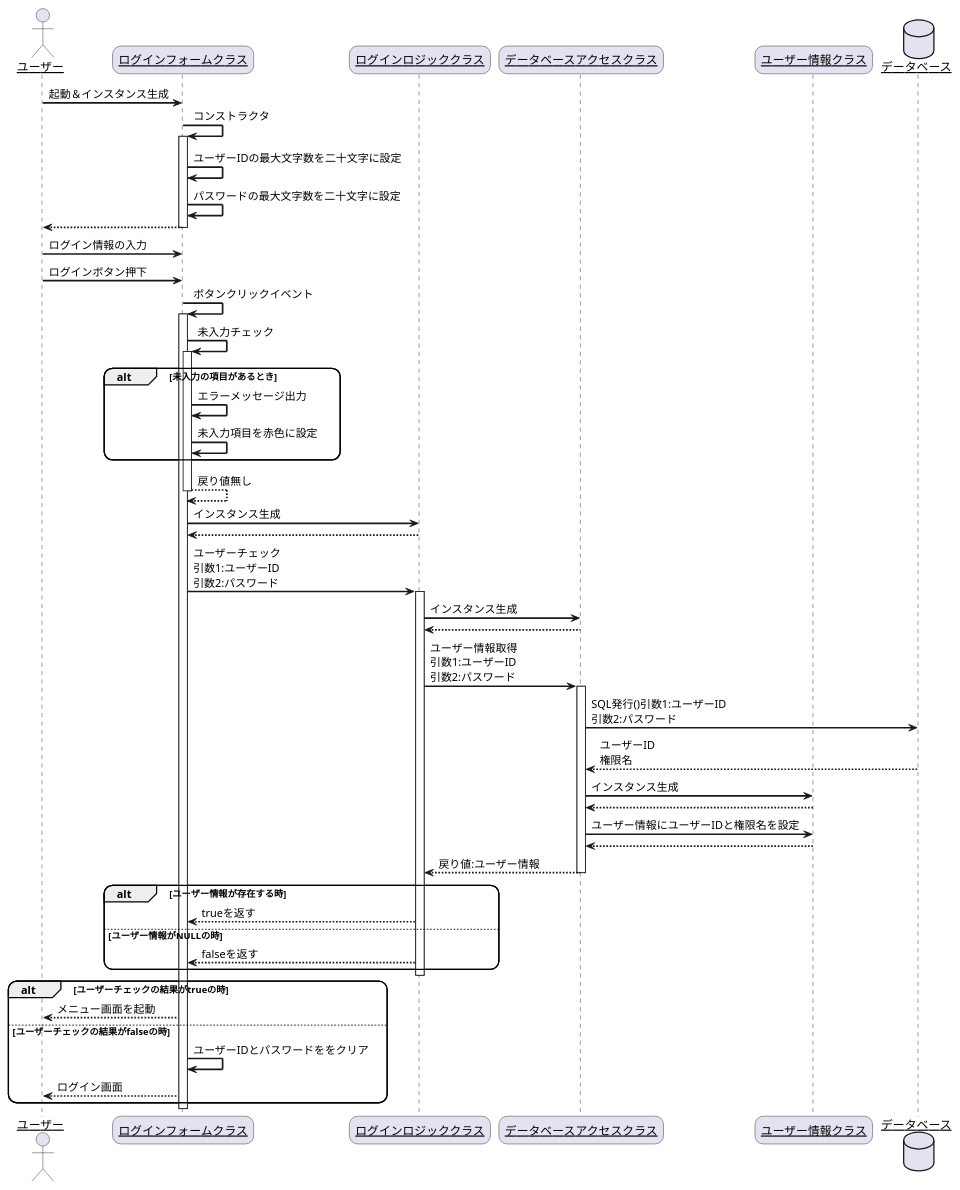
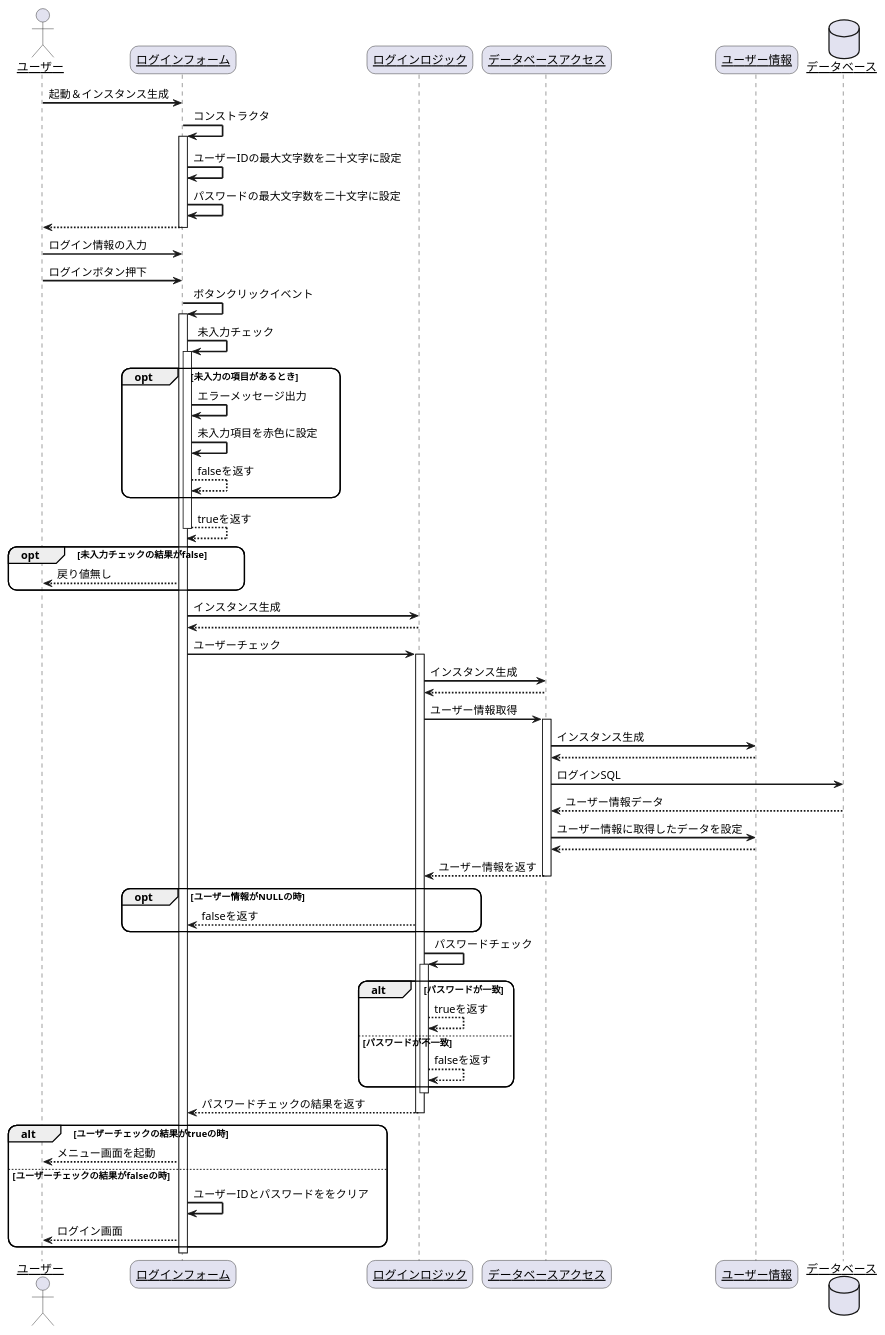
The diagram in シーケンス図/ログイン.pu (R-SAIKI/practiceUML), drawn with PlantUML before and after one commit. The commit also changed 9 other files, not shown here.

```diff
--- a/シーケンス図/ログイン.pu
+++ b/シーケンス図/ログイン.pu
@@ -1,68 +1,77 @@
 @startuml
 skinparam sequenceArrowThickness 2
 skinparam roundcorner 20
 skinparam maxmessagesize 60
 skinparam sequenceParticipant underline
 
 actor "ユーザー" as user
-participant "ログインフォームクラス" as login_form
-participant "ログインロジッククラス" as login_logic
-participant "データベースアクセスクラス" as data_acces
-participant "ユーザー情報クラス" as user_info
+participant "ログインフォーム" as login_form
+participant "ログインロジック" as login_logic
+participant "データベースアクセス" as data_acces
+participant "ユーザー情報" as user_info
 database "データベース" as db
 
 user -> login_form: 起動＆インスタンス生成
 login_form -> login_form: コンストラクタ
 activate login_form
 login_form -> login_form:ユーザーIDの最大文字数を二十文字に設定
 login_form -> login_form:パスワードの最大文字数を二十文字に設定
 
 login_form --> user:
 deactivate login_form
 user -> login_form: ログイン情報の入力
 user -> login_form: ログインボタン押下
 login_form -> login_form: ボタンクリックイベント
 activate login_form
 
 login_form -> login_form: 未入力チェック
 activate login_form
-alt 未入力の項目があるとき
+opt 未入力の項目があるとき
     login_form -> login_form: エラーメッセージ出力
     login_form -> login_form: 未入力項目を赤色に設定
+    login_form --> login_form:falseを返す
 end
-login_form --> login_form:戻り値無し
+login_form --> login_form:trueを返す
 deactivate login_form
+opt 未入力チェックの結果がfalse
+    login_form --> user:戻り値無し
+end
 login_form -> login_logic: インスタンス生成
 login_logic --> login_form:
-login_form -> login_logic: ユーザーチェック 引数1:ユーザーID 引数2:パスワード
+login_form -> login_logic: ユーザーチェック
 activate login_logic
-
 login_logic -> data_acces: インスタンス生成
 data_acces --> login_logic:
-login_logic -> data_acces: ユーザー情報取得 引数1:ユーザーID 引数2:パスワード
+login_logic -> data_acces: ユーザー情報取得
 activate data_acces
 
-
-data_acces -> db: SQL発行()引数1:ユーザーID 引数2:パスワード
-db --> data_acces: ユーザーID 権限名
 data_acces -> user_info: インスタンス生成
 user_info --> data_acces:
-data_acces -> user_info: ユーザー情報にユーザーIDと権限名を設定
+data_acces -> db: ログインSQL
+db --> data_acces: ユーザー情報データ
+data_acces -> user_info: ユーザー情報に取得したデータを設定
 user_info --> data_acces:
-data_acces --> login_logic: 戻り値:ユーザー情報
+data_acces --> login_logic: ユーザー情報を返す
 deactivate data_acces
-alt ユーザー情報が存在する時
-    login_logic --> login_form: trueを返す
-else ユーザー情報がNULLの時
+opt ユーザー情報がNULLの時
     login_logic --> login_form: falseを返す
 end
+login_logic -> login_logic: パスワードチェック
+activate login_logic
+alt パスワードが一致
+    login_logic --> login_logic: trueを返す
+else パスワードが不一致
+    login_logic --> login_logic: falseを返す
+end
+deactivate login_logic
+login_logic --> login_form: パスワードチェックの結果を返す
 deactivate login_logic
 alt ユーザーチェックの結果がtrueの時
     login_form --> user: メニュー画面を起動
 else ユーザーチェックの結果がfalseの時
     login_form -> login_form: ユーザーIDとパスワードををクリア
     login_form --> user: ログイン画面
 end
 deactivate login_form
 
 @enduml
```
